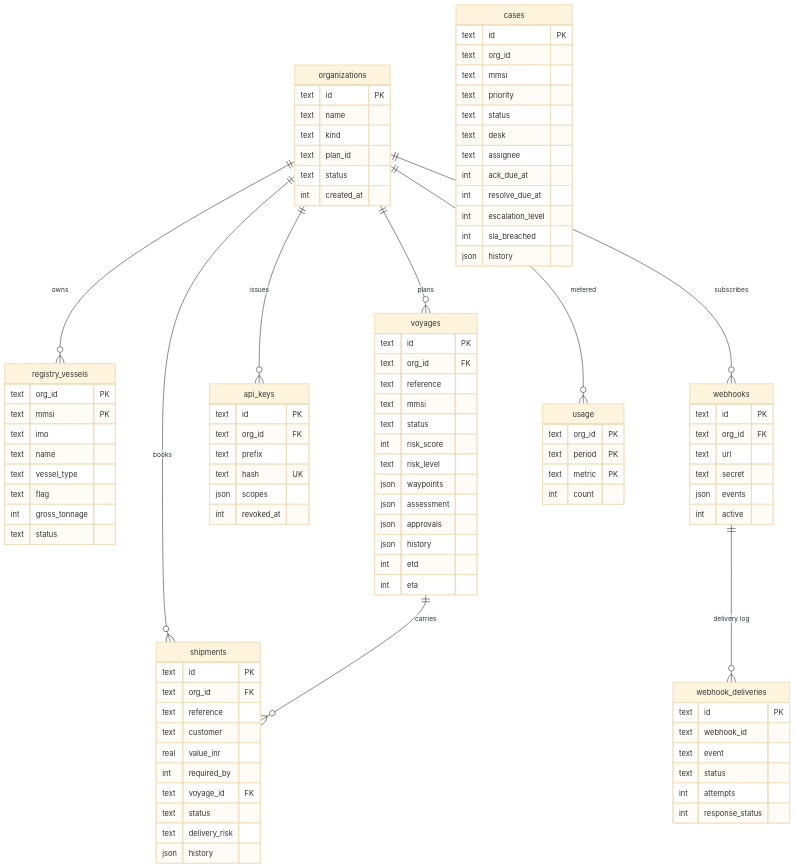
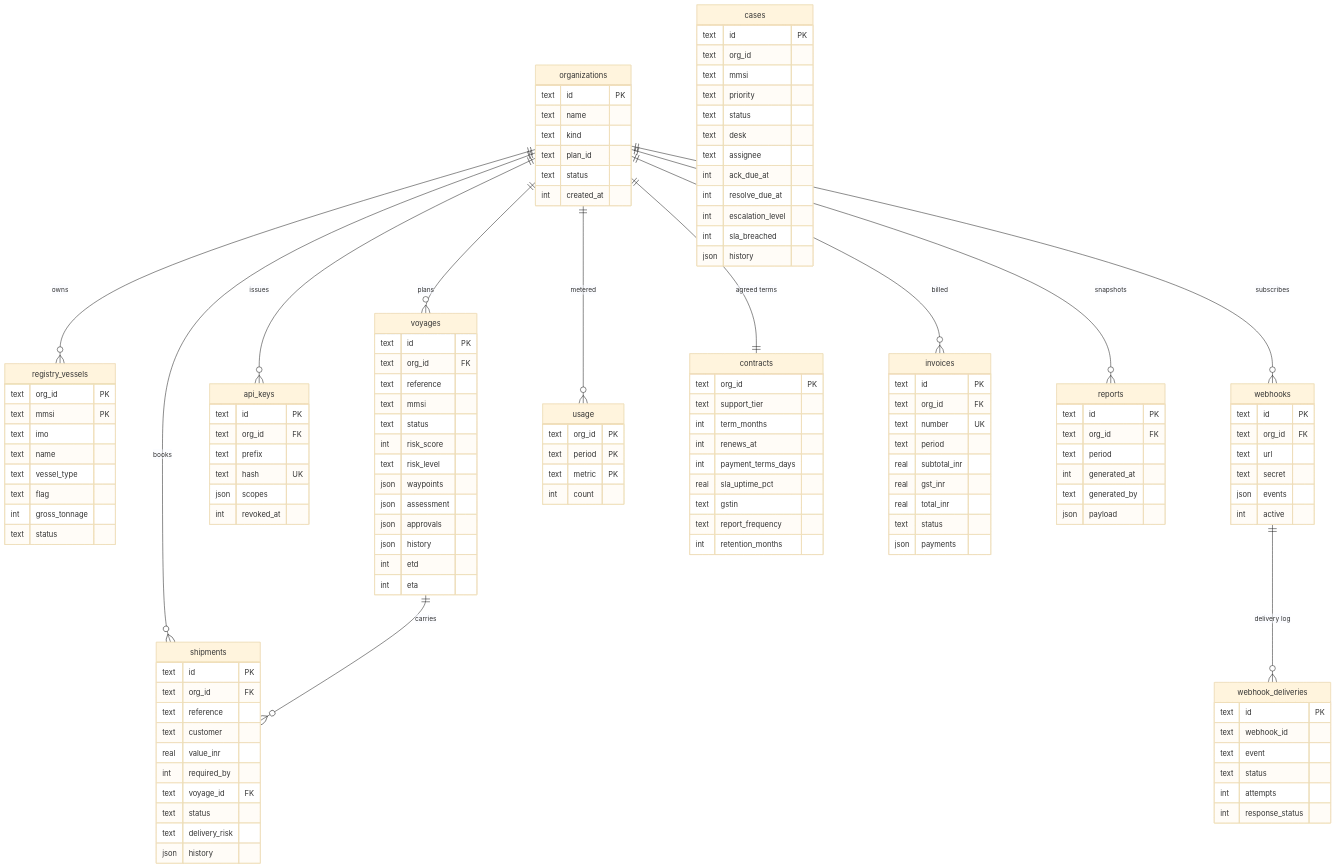
The third of 4 diagrams in docs/ARCHITECTURE.md (raksh3011/MSA), drawn with Mermaid (base theme) before and after one commit. The commit also changed other lines of this file and 34 other files, not shown here.

Commit message:
Commercial and compliance layer: contracts, invoicing, sandbox payments, report packs, retention, post-incident reports, ops console; sidebar UI redesign

````diff
--- a/docs/ARCHITECTURE.md
+++ b/docs/ARCHITECTURE.md
@@ -66,20 +77,26 @@
 ```mermaid
 erDiagram
   organizations ||--o{ registry_vessels : owns
   organizations ||--o{ voyages : plans
   organizations ||--o{ shipments : books
   organizations ||--o{ api_keys : issues
   organizations ||--o{ webhooks : subscribes
   organizations ||--o{ usage : metered
+  organizations ||--|| contracts : "agreed terms"
+  organizations ||--o{ invoices : billed
+  organizations ||--o{ reports : snapshots
   voyages ||--o{ shipments : carries
   webhooks ||--o{ webhook_deliveries : "delivery log"
   organizations { text id PK text name text kind text plan_id text status int created_at }
   registry_vessels { text org_id PK text mmsi PK text imo text name text vessel_type text flag int gross_tonnage text status }
   voyages { text id PK text org_id FK text reference text mmsi text status int risk_score text risk_level json waypoints json assessment json approvals json history int etd int eta }
   shipments { text id PK text org_id FK text reference text customer real value_inr int required_by text voyage_id FK text status text delivery_risk json history }
   cases { text id PK text org_id text mmsi text priority text status text desk text assignee int ack_due_at int resolve_due_at int escalation_level int sla_breached json history }
   api_keys { text id PK text org_id FK text prefix text hash UK json scopes int revoked_at }
   webhooks { text id PK text org_id FK text url text secret json events int active }
   webhook_deliveries { text id PK text webhook_id text event text status int attempts int response_status }
   usage { text org_id PK text period PK text metric PK int count }
+  contracts { text org_id PK text support_tier int term_months int renews_at int payment_terms_days real sla_uptime_pct text gstin text report_frequency int retention_months }
+  invoices { text id PK text org_id FK text number UK text period real subtotal_inr real gst_inr real total_inr text status json payments }
+  reports { text id PK text org_id FK text period int generated_at text generated_by json payload }
 ```
````
